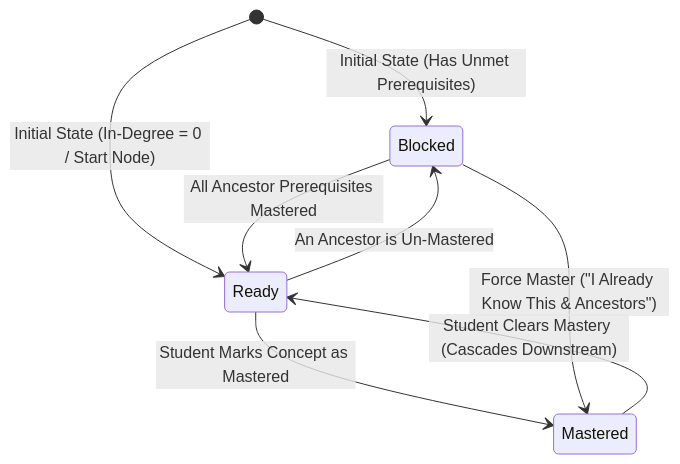
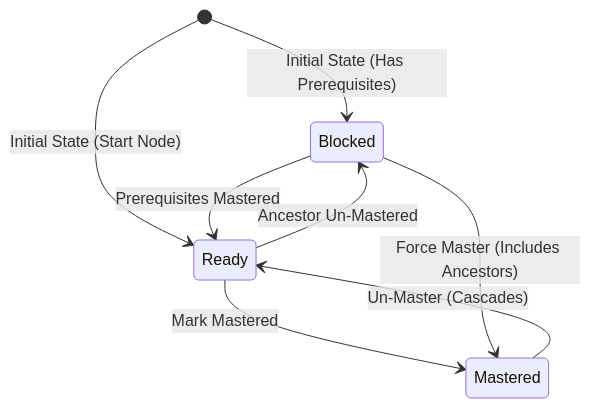
One commit to SiddheshNaidu/KDG changed the fourth of 4 diagrams in README.md. Above: the diagram before and after it, drawn with Mermaid. The commit also changed other lines of this file, not shown here.

Commit message:
Refine system architecture diagrams for clarity and consistency: improve rendering on GitHub, enhance labeling, and streamline flowchart elements.

````diff
--- a/README.md
+++ b/README.md
@@ -228,13 +226,13 @@
 ```mermaid
 stateDiagram-v2
-    [*] --> Blocked: Initial State (Has Unmet Prerequisites)
-    [*] --> Ready: Initial State (In-Degree = 0 / Start Node)
+    [*] --> Blocked: Initial State (Has Prerequisites)
+    [*] --> Ready: Initial State (Start Node)
     
-    Blocked --> Ready: All Ancestor Prerequisites Mastered
-    Ready --> Mastered: Student Marks Concept as Mastered
+    Blocked --> Ready: Prerequisites Mastered
+    Ready --> Mastered: Mark Mastered
     
-    Ready --> Blocked: An Ancestor is Un-Mastered
-    Mastered --> Ready: Student Clears Mastery (Cascades Downstream)
+    Ready --> Blocked: Ancestor Un-Mastered
+    Mastered --> Ready: Un-Master (Cascades)
     
-    Blocked --> Mastered: Force Master ("I Already Know This & Ancestors")
+    Blocked --> Mastered: Force Master (Includes Ancestors)
 ```
````
